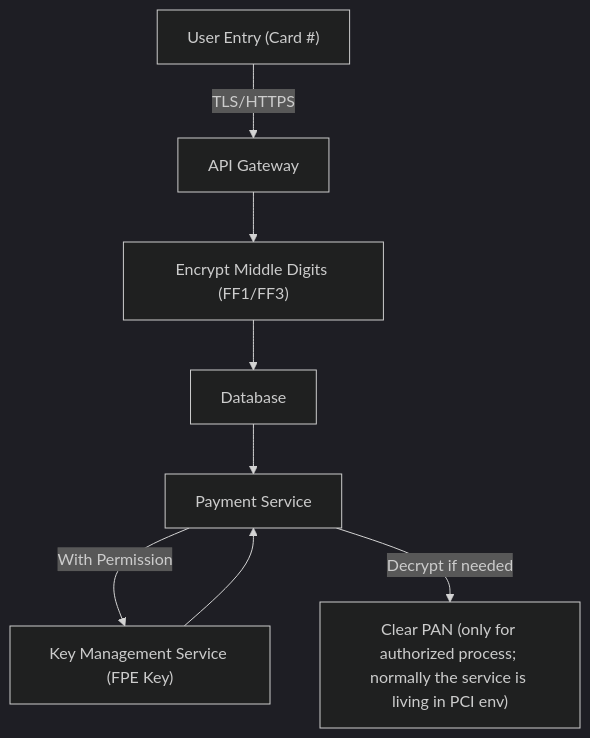
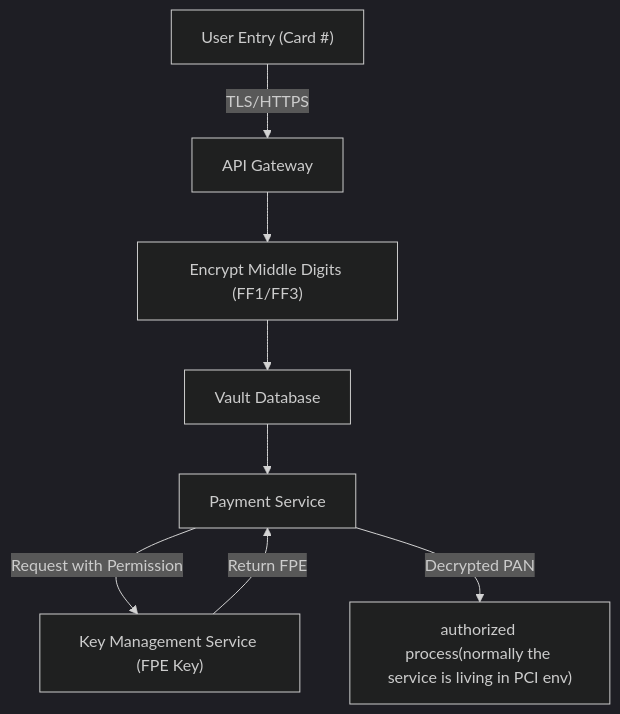
The diagram in _posts/2025-07-26-credit-card-in-FPE.md (leadingyu/leadingyu.github.io), drawn with Mermaid (dark theme) before and after one commit.

````diff
--- a/_posts/2025-07-26-credit-card-in-FPE.md
+++ b/_posts/2025-07-26-credit-card-in-FPE.md
@@ -58,11 +58,11 @@
 ```mermaid
 flowchart TD
     User["User Entry (Card #)"] -->|"TLS/HTTPS"| API["API Gateway"]
     API --> FPE["Encrypt Middle Digits (FF1/FF3)"]
-    FPE --> DB["Database"]
+    FPE --> DB["Vault Database"]
     DB --> App["Payment Service"]
-    App -->|"With Permission"| KMS["Key Management Service (FPE Key)"]
-    KMS --> App
-    App -->|"Decrypt if needed"| PAN["Clear PAN (only for authorized process; normally the service is living in PCI env)"]
+    App -->|"Request with Permission"| KMS["Key Management Service (FPE Key)"]
+    KMS -->|"Return FPE"| App
+    App -->|"Decrypted PAN"| PCI_SERVICE["authorized process(normally the service is living in PCI env)"]
 
 ```
````
